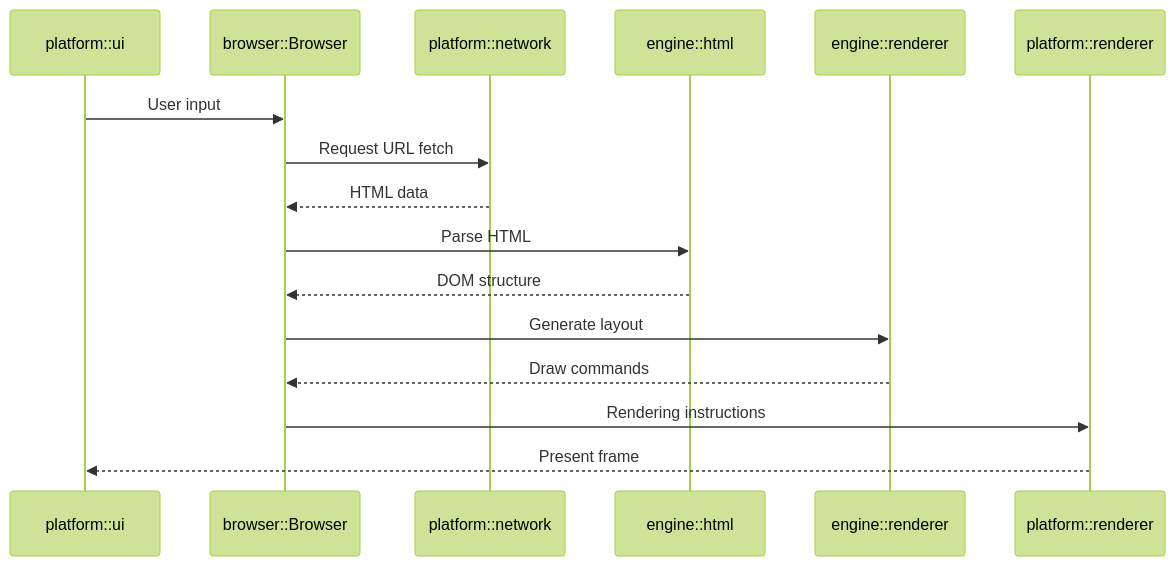
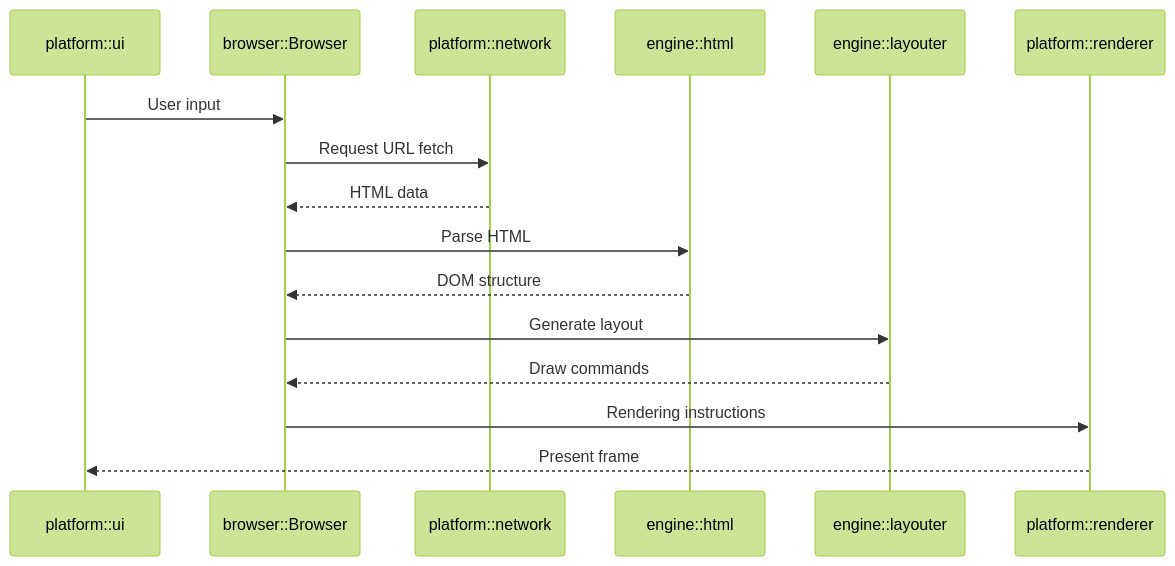
The diagram in docs/en/architecture.md (orinium-browser/orinium), drawn with Mermaid (forest theme) before and after one commit. The commit also changed other lines of this file, not shown here.

````diff
--- a/docs/en/architecture.md
+++ b/docs/en/architecture.md
@@ -42,19 +42,19 @@
 ```mermaid
 sequenceDiagram
     participant UI as platform::ui
     participant Browser as browser::Browser
     participant Net as platform::network
     participant HTML as engine::html
-    participant Render as engine::renderer
+    participant Render as engine::layouter
     participant GPU as platform::renderer
 
     UI->>Browser: User input
     Browser->>Net: Request URL fetch
     Net-->>Browser: HTML data
     Browser->>HTML: Parse HTML
     HTML-->>Browser: DOM structure
     Browser->>Render: Generate layout
     Render-->>Browser: Draw commands
     Browser->>GPU: Rendering instructions
     GPU-->>UI: Present frame
 ```
````
